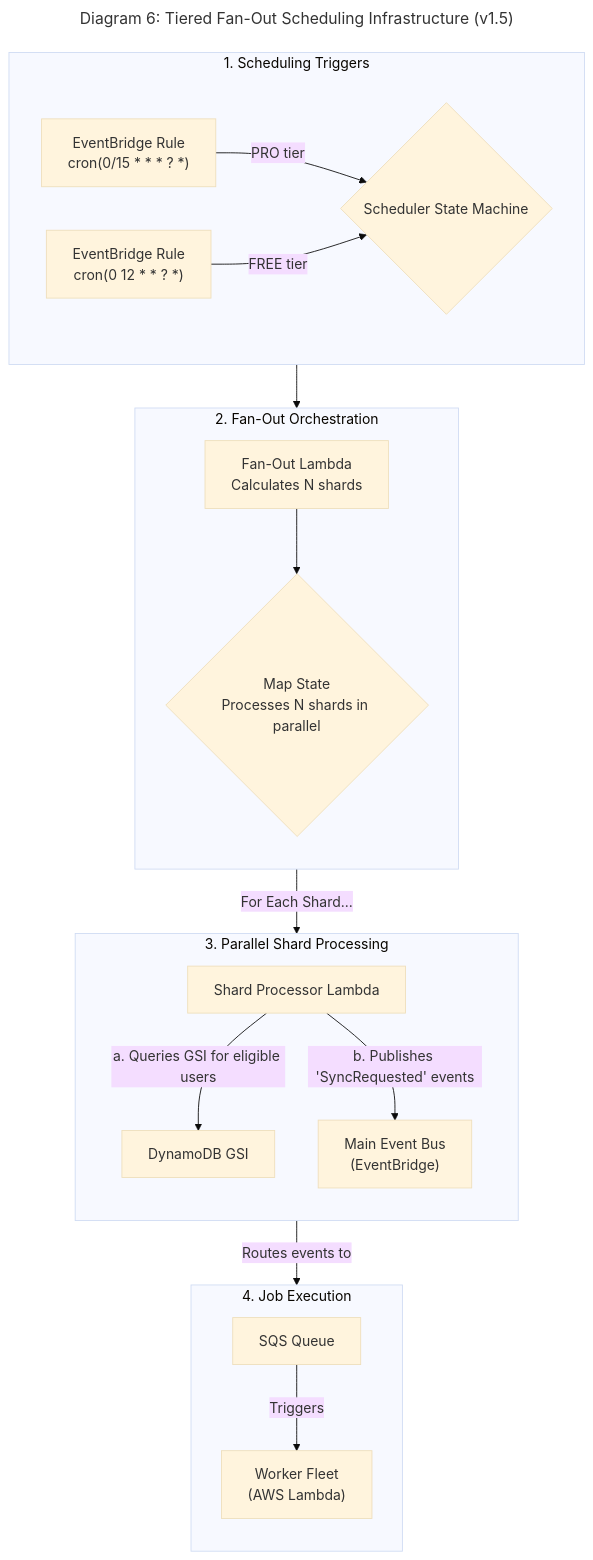
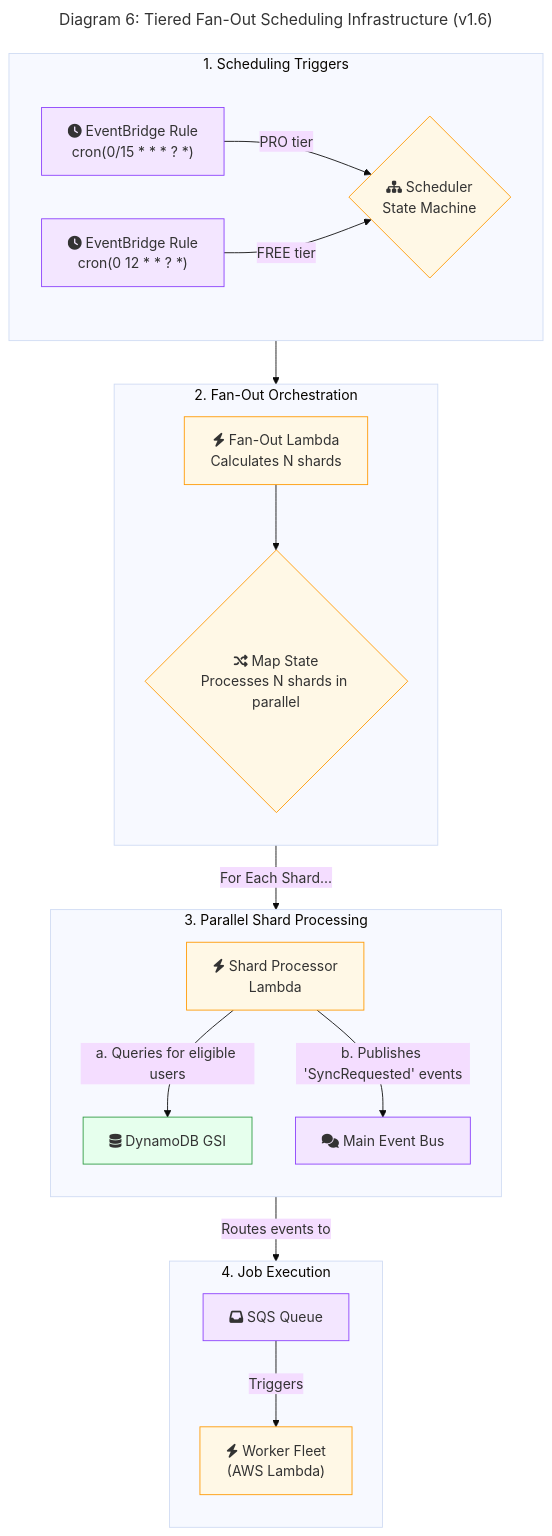
One commit to dino10bit/healthsync changed diagram 13 of 15 in docs/architecture/06-technical-architecture.md. Above: the diagram before and after it, drawn with Mermaid (base theme). The commit also changed other lines of this file, not shown here.

First line of the commit message:
Enhance diagrams with professional styling and icons

````diff
--- a/docs/architecture/06-technical-architecture.md
+++ b/docs/architecture/06-technical-architecture.md
@@ -1313,30 +1409,40 @@
 ```mermaid
 ---
-title: "Diagram 6: Tiered Fan-Out Scheduling Infrastructure (v1.5)"
+title: "Diagram 6: Tiered Fan-Out Scheduling Infrastructure (v1.6)"
 ---
 graph TB
+    %% Define Styles
+    classDef compute fill:#fff8e6,stroke:#ff9900;
+    classDef messaging fill:#f3e6ff,stroke:#8a3ffc;
+    classDef datastore fill:#e6ffed,stroke:#2d9a41;
+
     subgraph "1. Scheduling Triggers"
         direction LR
-        A["EventBridge Rule<br>cron(0/15 * * * ? *)"] -- "PRO tier" --> B{"Scheduler State Machine"};
-        A2["EventBridge Rule<br>cron(0 12 * * ? *)"] -- "FREE tier" --> B;
+        A["`fa:fa-clock EventBridge Rule<br>cron(0/15 * * * ? *)`"] -- "PRO tier" --> B{"`fa:fa-sitemap Scheduler<br>State Machine`"};
+        A2["`fa:fa-clock EventBridge Rule<br>cron(0 12 * * ? *)`"] -- "FREE tier" --> B;
     end
 
     subgraph "2. Fan-Out Orchestration"
         direction TB
-        B --> C[Fan-Out Lambda<br>Calculates N shards];
-        C --> D{Map State<br>Processes N shards in parallel};
+        B --> C["`fa:fa-bolt Fan-Out Lambda<br>Calculates N shards`"];
+        C --> D{"`fa:fa-random Map State<br>Processes N shards in parallel`"};
     end
 
     subgraph "3. Parallel Shard Processing"
         direction TB
-        D -- "For Each Shard..." --> E1[Shard Processor Lambda];
-        E1 -- "a. Queries GSI for eligible users" --> DynamoDB[DynamoDB GSI];
-        E1 -- "b. Publishes 'SyncRequested' events" --> F["Main Event Bus<br>(EventBridge)"];
+        D -- "For Each Shard..." --> E1["`fa:fa-bolt Shard Processor<br>Lambda`"];
+        E1 -- "a. Queries for eligible users" --> DynamoDB["`fa:fa-database DynamoDB GSI`"];
+        E1 -- "b. Publishes 'SyncRequested' events" --> F["`fa:fa-comments Main Event Bus`"];
     end
 
     subgraph "4. Job Execution"
         direction TB
-        F -- "Routes events to" --> G[SQS Queue];
-        G -- "Triggers" --> H["Worker Fleet<br>(AWS Lambda)"];
+        F -- "Routes events to" --> G["`fa:fa-inbox SQS Queue`"];
+        G -- "Triggers" --> H["`fa:fa-bolt Worker Fleet<br>(AWS Lambda)`"];
     end
+
+    %% Apply Styles
+    class B,C,D,E1,H compute;
+    class A,A2,F,G messaging;
+    class DynamoDB datastore;
 ```
````
